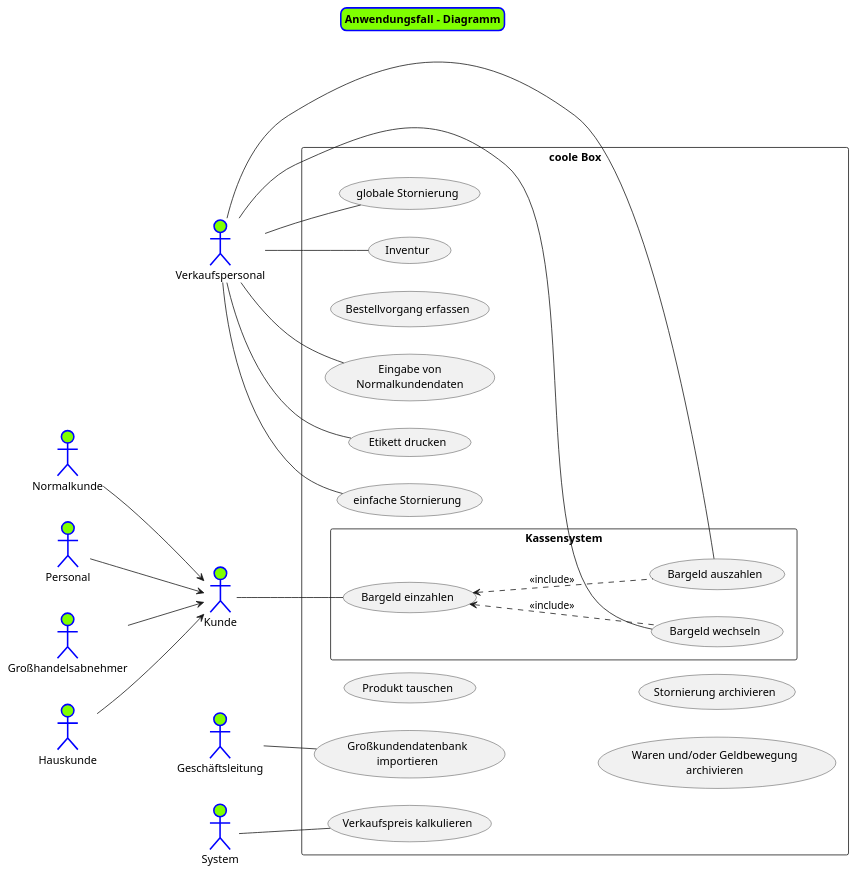
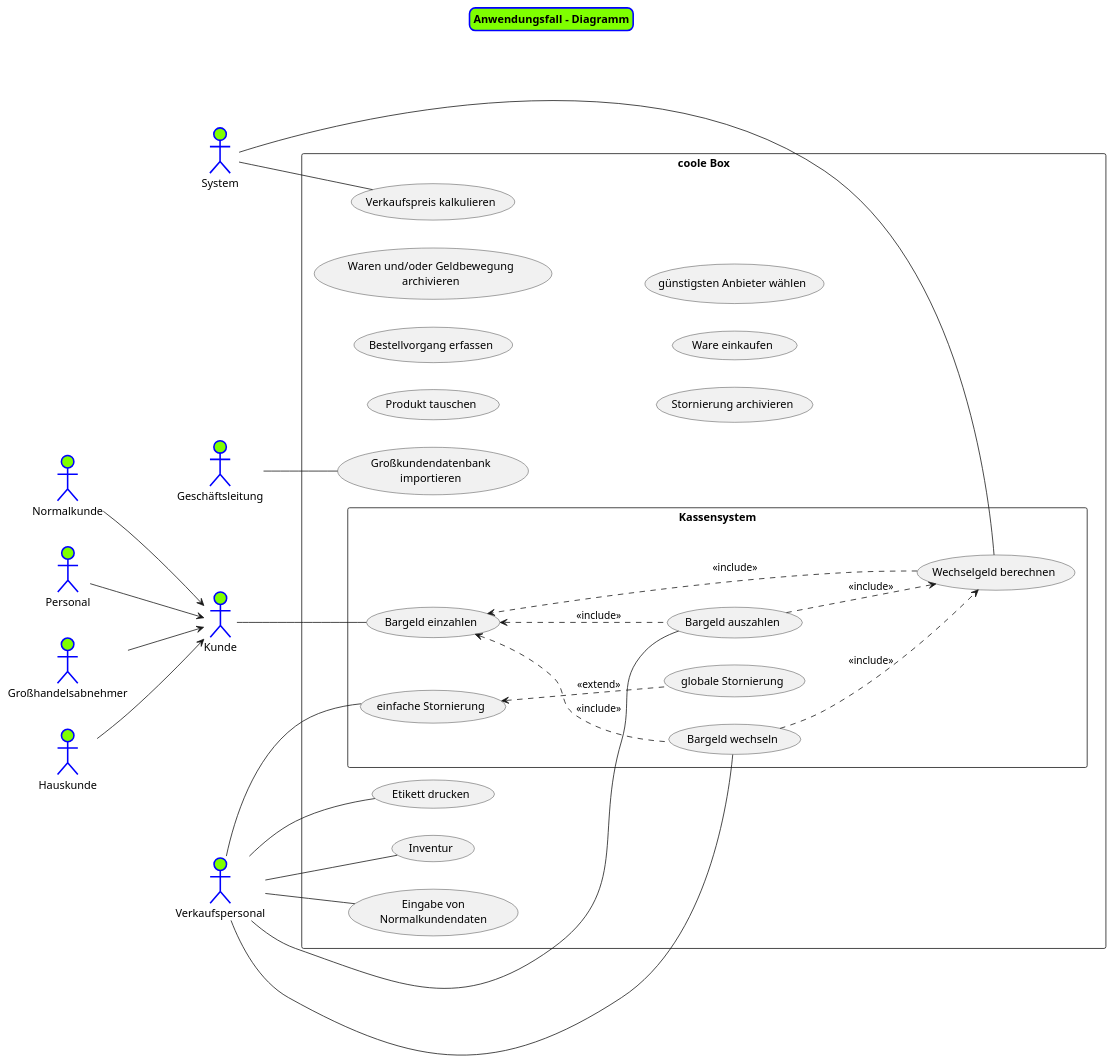
One commit to LimitlessGreen/swt18w43 changed the diagram in src/main/asciidoc/models/analysis/UseCase.puml. Above: the diagram before and after it, drawn with PlantUML.

Commit message:
analysis: update use-case

```diff
--- a/src/main/asciidoc/models/analysis/UseCase.puml
+++ b/src/main/asciidoc/models/analysis/UseCase.puml
@@ -1,86 +1,99 @@
 @startuml
 skinparam titleBorderRoundCorner 15
 skinparam titleBorderThickness 2
 skinparam titleBorderColor blue
 skinparam titleBackgroundColor Chartreuse
 
 title Anwendungsfall - Diagramm
 
 
 ' === Kunden === '
 :Kunde: as ku
 :Normalkunde: as nku
 :Personal: as pku
 :Großhandelsabnehmer: as gha
 :Hauskunde: as hku
 
 left to right direction
 nku --> ku
 pku --> ku
 gha --> ku
 hku --> ku
 
 
 ' === Personal === '
 :Verkaufspersonal: as vp
 :Geschäftsleitung: as gl
 
 ' === Sonstiges === '
 :System: as sys
 
 ' === Y === '
 rectangle "coole Box"{
     (Inventur) as inv
     '(Pfand auszahlen)
     (Produkt tauschen)
     (Großkundendatenbank\nimportieren) as grokudb_imp
     (Verkaufspreis kalkulieren) as vp_calc
     (Eingabe von\nNormalkundendaten) as eg_nkd
     (Etikett drucken) as et_dr
     (Bestellvorgang erfassen)
     (Waren und/oder Geldbewegung\narchivieren)
-    (einfache Stornierung) as l_st
-    (globale Stornierung) as g_st
     (Stornierung archivieren)
+    (Ware einkaufen)
+    (günstigsten Anbieter wählen)
+
 
     rectangle "Kassensystem"{
             (Bargeld einzahlen) as bg_ez
             (Bargeld auszahlen) as bg_az
             (Bargeld wechseln) as bg_we
+            (Wechselgeld berechnen) as we_br
+
+            (einfache Stornierung) as l_st
+            (globale Stornierung) as g_st
 
 
             ku -- bg_ez
 
             vp -- bg_we
             vp -- bg_az
+            vp -- l_st
+
+
+            sys -- we_br
 
             bg_ez <.. bg_we: <<include>>
             bg_ez <.. bg_az: <<include>>
+            bg_az ..> we_br: <<include>>
+            bg_we ..> we_br: <<include>>
+            we_br ..> bg_ez: <<include>>
+            l_st <.. g_st: <<extend>>
+
         }
 
 
     '
 
 
 
     '
     vp -- inv
     vp -- et_dr
     vp -- eg_nkd
-    vp -- l_st
-    vp -- g_st
+
 
 
     '
     gl -- grokudb_imp
 
     '
     sys -- vp_calc
 
 
 
 
 
 }
 
 @enduml
```
